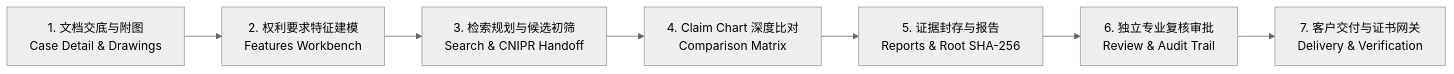
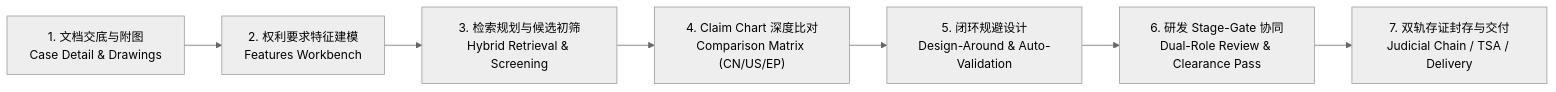
The diagram in README.md (corlin/PatentEvidence), drawn with Mermaid (neutral theme) before and after one commit. The commit also changed other lines of this file and 3 other files, not shown here.

Commit message:
docs: sync evidence-grade FTO & design-around master plan and strategic moats

````diff
--- a/README.md
+++ b/README.md
@@ -11,9 +20,9 @@
 ```mermaid
 graph LR
     A["1. 文档交底与附图<br/>Case Detail & Drawings"] --> B["2. 权利要求特征建模<br/>Features Workbench"]
-    B --> C["3. 检索规划与候选初筛<br/>Search & CNIPR Handoff"]
-    C --> D["4. Claim Chart 深度比对<br/>Comparison Matrix"]
-    D --> E["5. 证据封存与报告<br/>Reports & Root SHA-256"]
-    E --> F["6. 独立专业复核审批<br/>Review & Audit Trail"]
-    F --> G["7. 客户交付与证书网关<br/>Delivery & Verification"]
+    B --> C["3. 检索规划与候选初筛<br/>Hybrid Retrieval & Screening"]
+    C --> D["4. Claim Chart 深度比对<br/>Comparison Matrix (CN/US/EP)"]
+    D --> E["5. 闭环规避设计<br/>Design-Around & Auto-Validation"]
+    E --> F["6. 研发 Stage-Gate 协同<br/>Dual-Role Review & Clearance Pass"]
+    F --> G["7. 双轨存证封存与交付<br/>Judicial Chain / TSA / Delivery"]
 ```
````
